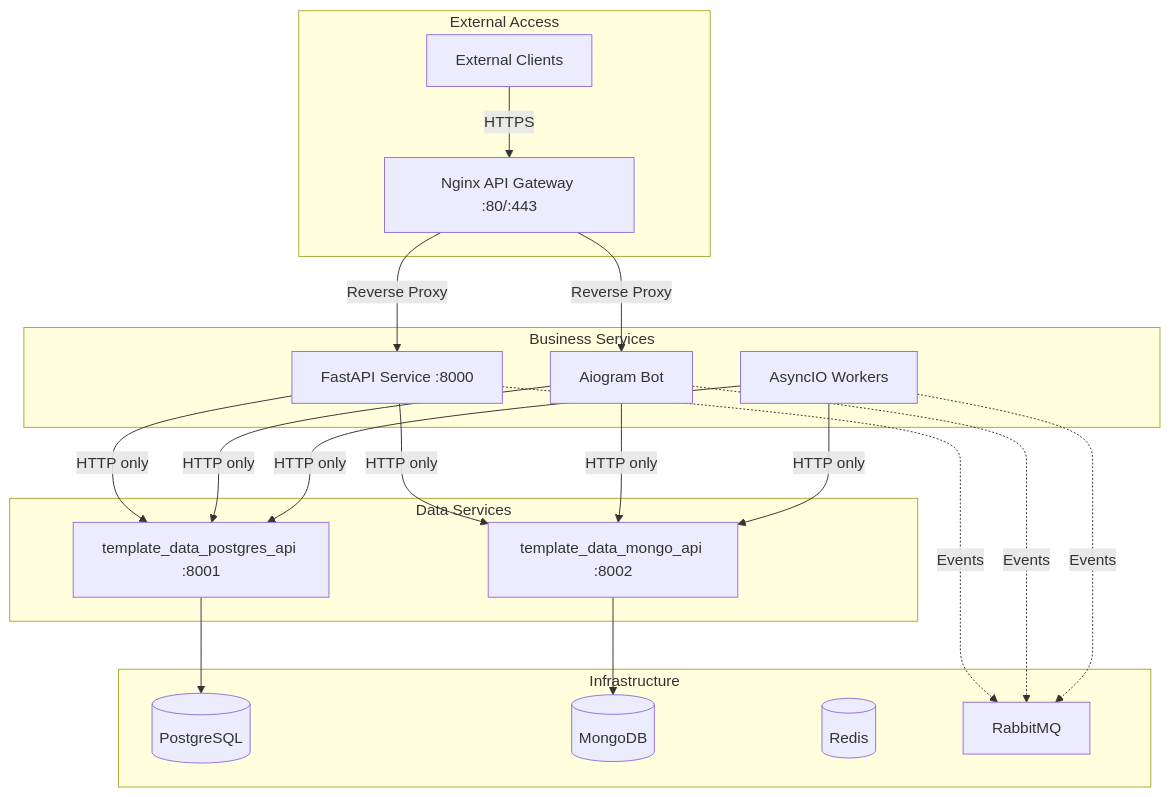
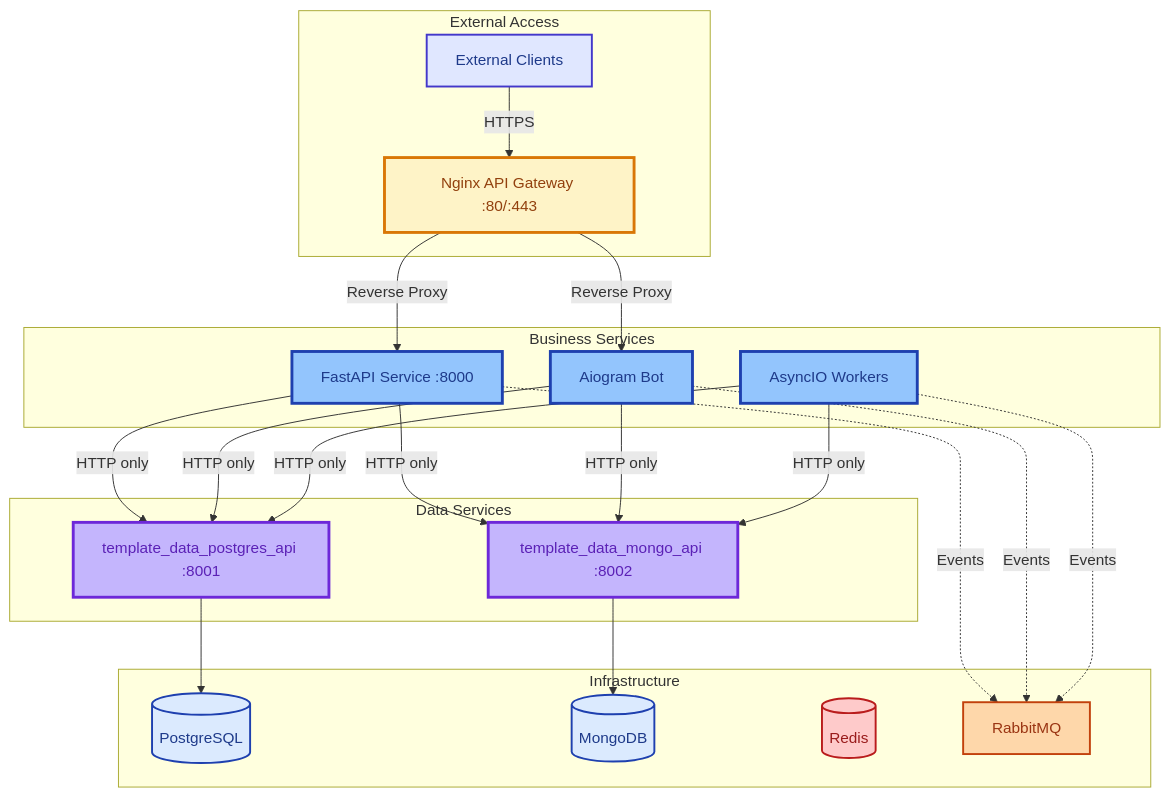
One commit to bgs2509/ai-generator-asyncmicroservices changed the diagram in docs/guides/architecture-guide.md. Above: the diagram before and after it, drawn with Mermaid. The commit also changed 2 other files, not shown here.

Commit message:
fix: Improve Mermaid diagram text visibility
- Replace dark backgrounds with light colors for better contrast
- Add stroke borders to all diagram elements (3px for main, 2px for storage)
- Use dark text on light backgrounds for maximum readability
- Add global CSS rules for Mermaid diagrams
- Update diagrams in docs/index.md and docs/guides/architecture-guide.md
- Add support for both light and dark themes

Color scheme:
- Business services (API, Bot, Worker): Light blue (#93c5fd) + dark text
- Data services (PostgreSQL, MongoDB): Light purple (#c4b5fd) + dark text
- Storage (databases): Very light blue (#dbeafe) + dark text
- Infrastructure: Redis (light red), RabbitMQ (light orange)
- API Gateway: Light yellow (#fef3c7) + dark text

All text now has sufficient contrast ratio for WCAG AAA compliance.

````diff
--- a/docs/guides/architecture-guide.md
+++ b/docs/guides/architecture-guide.md
@@ -32,43 +32,55 @@
 ```mermaid
 graph TB
     subgraph "External Access"
         CLIENT[External Clients]
         NGINX[Nginx API Gateway :80/:443]
     end
 
     subgraph "Business Services"
         API[FastAPI Service :8000]
         BOT[Aiogram Bot]
         WORKER[AsyncIO Workers]
     end
 
     subgraph "Data Services"
         PG[template_data_postgres_api :8001]
         MONGO[template_data_mongo_api :8002]
     end
 
     subgraph "Infrastructure"
         POSTGRES[(PostgreSQL)]
         MONGODB[(MongoDB)]
         REDIS[(Redis)]
         RABBIT[RabbitMQ]
     end
 
     CLIENT -->|HTTPS| NGINX
     NGINX -->|Reverse Proxy| API
     NGINX -->|Reverse Proxy| BOT
 
     API -->|HTTP only| PG
     API -->|HTTP only| MONGO
     BOT -->|HTTP only| PG
     BOT -->|HTTP only| MONGO
     WORKER -->|HTTP only| PG
     WORKER -->|HTTP only| MONGO
 
     PG --> POSTGRES
     MONGO --> MONGODB
 
     API -.->|Events| RABBIT
     BOT -.->|Events| RABBIT
     WORKER -.->|Events| RABBIT
+
+    style CLIENT fill:#e0e7ff,stroke:#4338ca,stroke-width:2px,color:#1e3a8a
+    style NGINX fill:#fef3c7,stroke:#d97706,stroke-width:3px,color:#92400e
+    style API fill:#93c5fd,stroke:#1e40af,stroke-width:3px,color:#1e3a8a
+    style BOT fill:#93c5fd,stroke:#1e40af,stroke-width:3px,color:#1e3a8a
+    style WORKER fill:#93c5fd,stroke:#1e40af,stroke-width:3px,color:#1e3a8a
+    style PG fill:#c4b5fd,stroke:#6d28d9,stroke-width:3px,color:#5b21b6
+    style MONGO fill:#c4b5fd,stroke:#6d28d9,stroke-width:3px,color:#5b21b6
+    style POSTGRES fill:#dbeafe,stroke:#1e40af,stroke-width:2px,color:#1e3a8a
+    style MONGODB fill:#dbeafe,stroke:#1e40af,stroke-width:2px,color:#1e3a8a
+    style REDIS fill:#fecaca,stroke:#b91c1c,stroke-width:2px,color:#991b1b
+    style RABBIT fill:#fed7aa,stroke:#c2410c,stroke-width:2px,color:#9a3412
 ```
````
